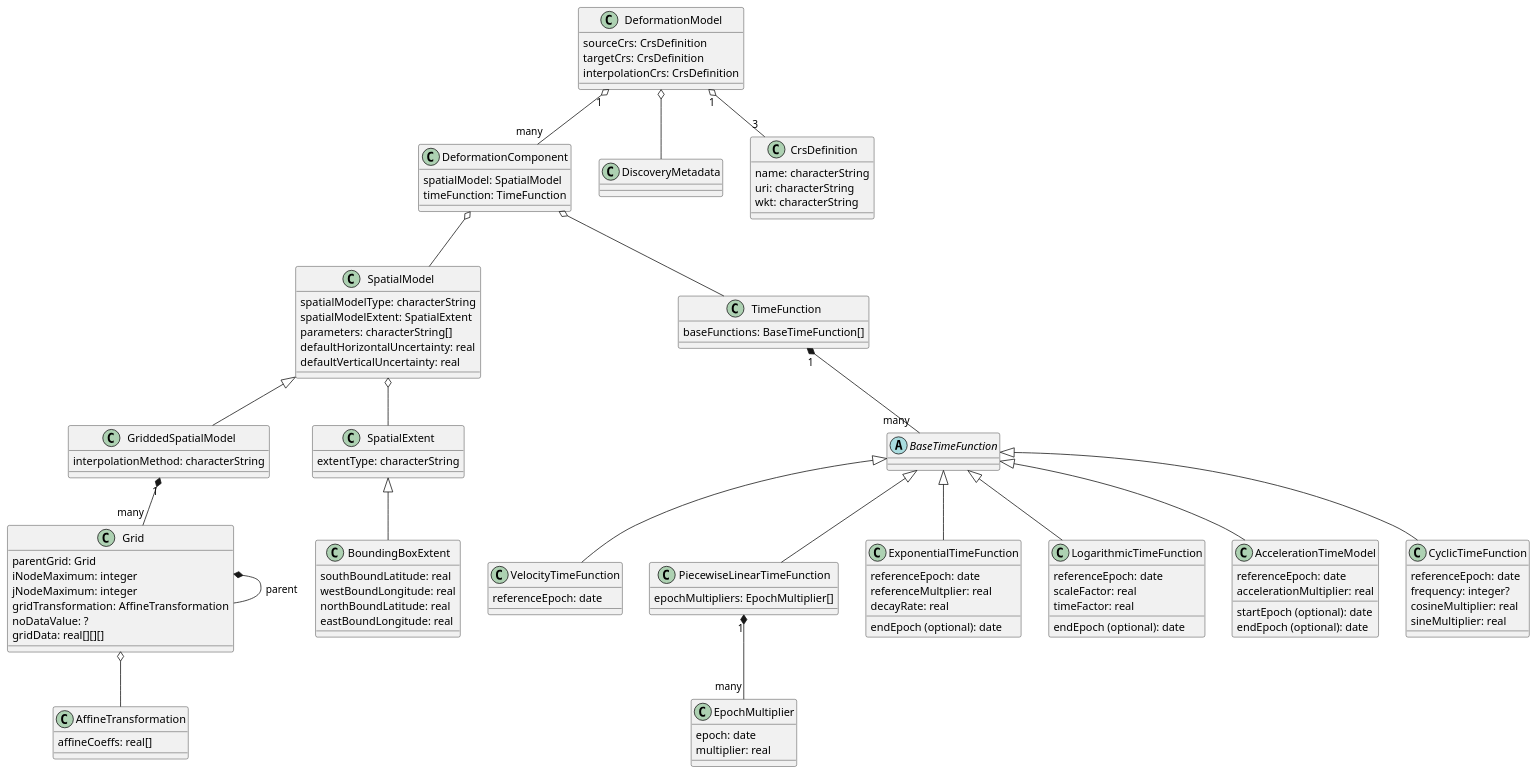
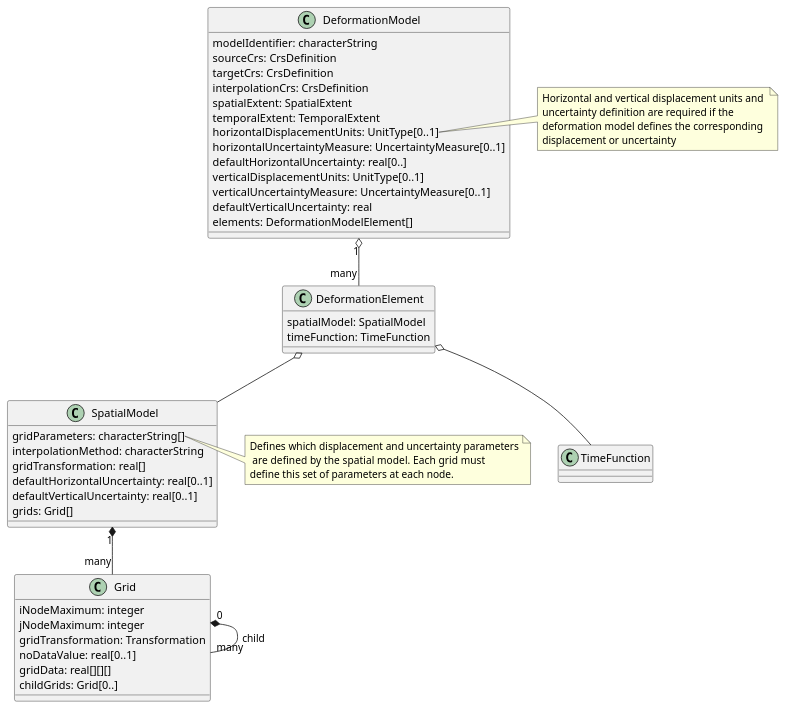
Before and after one commit to opengeospatial/CRS-Deformation-Models: the diagram in uml_model/deformation_model.puml, drawn with PlantUML. The commit also changed 26 other files, not shown here.

```diff
--- a/uml_model/deformation_model.puml
+++ b/uml_model/deformation_model.puml
@@ -1,167 +1,64 @@
 @startuml
 
 class DeformationModel 
 {
+    modelIdentifier: characterString
     sourceCrs: CrsDefinition
     targetCrs: CrsDefinition
     interpolationCrs: CrsDefinition
+    spatialExtent: SpatialExtent
+    temporalExtent: TemporalExtent
+    horizontalDisplacementUnits: UnitType[0..1]
+    horizontalUncertaintyMeasure: UncertaintyMeasure[0..1]
+    defaultHorizontalUncertainty: real[0..]
+    verticalDisplacementUnits: UnitType[0..1]
+    verticalUncertaintyMeasure: UncertaintyMeasure[0..1]
+    defaultVerticalUncertainty: real
+    elements: DeformationModelElement[]
+}
+DeformationModel "1" o-- "many" DeformationElement
 
-}
-DeformationModel "1" o-- "many" DeformationComponent
-DeformationModel o-- DiscoveryMetadata
-DeformationModel "1" o-- "3" CrsDefinition
+note right of DeformationModel::horizontalDisplacementUnits
+    Horizontal and vertical displacement units and 
+    uncertainty definition are required if the 
+    deformation model defines the corresponding
+    displacement or uncertainty
+end note
 
-class DiscoveryMetadata
-{
-
-}
-
-class CrsDefinition
-{
-    name: characterString
-    uri: characterString
-    wkt: characterString
-}
-
-
-class DeformationComponent
+class DeformationElement
 {
     spatialModel: SpatialModel
     timeFunction: TimeFunction
 }
-DeformationComponent o-- SpatialModel
-DeformationComponent o-- TimeFunction
+DeformationElement o-- SpatialModel
+DeformationElement o-- TimeFunction
 
 class SpatialModel
 {
-    spatialModelType: characterString
-    spatialModelExtent: SpatialExtent
-    parameters: characterString[]
-    defaultHorizontalUncertainty: real
-    defaultVerticalUncertainty: real
+    gridParameters: characterString[]
+    interpolationMethod: characterString
+    gridTransformation: real[]
+    defaultHorizontalUncertainty: real[0..1]
+    defaultVerticalUncertainty: real[0..1]
+    grids: Grid[]
 }
 
-class GriddedSpatialModel
-{
-    interpolationMethod: characterString
-
-}
-SpatialModel <|-- GriddedSpatialModel
+note right of SpatialModel::gridParameters
+    Defines which displacement and uncertainty parameters
+     are defined by the spatial model.  Each grid must 
+    define this set of parameters at each node.
+end note
 
 class Grid
 {
-    parentGrid: Grid
     iNodeMaximum: integer
     jNodeMaximum: integer
-    gridTransformation: AffineTransformation
-    noDataValue: ?
+    gridTransformation: Transformation
+    noDataValue: real[0..1]
     gridData: real[][][]
+    childGrids: Grid[0..]
 }
-GriddedSpatialModel "1" *-- "many" Grid
-Grid *-- Grid : parent
-
-class AffineTransformation
-{
-    affineCoeffs: real[]
-}
-Grid o-- AffineTransformation
-
-SpatialModel o-- SpatialExtent
-
-class SpatialExtent
-{
-    extentType: characterString
-}
-SpatialExtent <|-- BoundingBoxExtent
-
-class BoundingBoxExtent
-{
-    southBoundLatitude: real
-    westBoundLongitude: real
-    northBoundLatitude: real
-    eastBoundLongitude: real
-}
-
-class TimeFunction
-{
-    baseFunctions: BaseTimeFunction[]
-}
-
-abstract class BaseTimeFunction
-{
-}
-TimeFunction "1" *-- "many" BaseTimeFunction
-
-class VelocityTimeFunction
-{
-    referenceEpoch: date
-}
-BaseTimeFunction <|-- VelocityTimeFunction
-/'
-class StepTimeFunction
-{
-    referenceEpoch: date
-
-}
-BaseTimeFunction <|-- StepTimeFunction
-
-class ReverseStepTimeFunction
-{
-    referenceEpoch: date
-}
-BaseTimeFunction <|-- ReverseStepTimeFunction
-'/
-
-class PiecewiseLinearTimeFunction
-{
-epochMultipliers: EpochMultiplier[]
-
-}
-BaseTimeFunction <|-- PiecewiseLinearTimeFunction
-
-class EpochMultiplier
-{
-    epoch: date
-    multiplier: real
-}
-PiecewiseLinearTimeFunction "1" *-- "many" EpochMultiplier
-
-class ExponentialTimeFunction
-{
-    referenceEpoch: date
-    referenceMultplier: real
-    decayRate: real
-    endEpoch (optional): date
-}
-BaseTimeFunction <|-- ExponentialTimeFunction
-
-class LogarithmicTimeFunction
-{
-    referenceEpoch: date
-    scaleFactor: real
-    timeFactor: real
-    endEpoch (optional): date
-}
-BaseTimeFunction <|-- LogarithmicTimeFunction
-
-class AccelerationTimeModel
-{
-    referenceEpoch: date
-    accelerationMultiplier: real
-    startEpoch (optional): date
-    endEpoch (optional): date
-}
-
-BaseTimeFunction <|-- AccelerationTimeModel
-
-class CyclicTimeFunction
-{
-    referenceEpoch: date
-    frequency: integer?
-    cosineMultiplier: real
-    sineMultiplier: real
-}
-BaseTimeFunction <|-- CyclicTimeFunction
-
+SpatialModel "1" *-- "many" Grid
+Grid "0" *-- "many" Grid : child
 
 @enduml 
```
